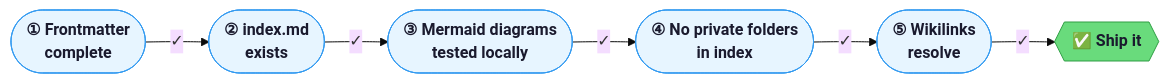
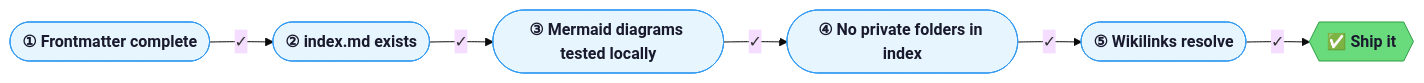
Before and after one commit to VenkateshDas/obsidian-quartz-site: the third of 7 diagrams in content/Idea to Published Research (Obsidian + Quartz Workflow).md, drawn with Mermaid (base theme). The commit also changed other lines of this file and 2 other files, not shown here.

````diff
--- a/content/Idea to Published Research (Obsidian + Quartz Workflow).md
+++ b/content/Idea to Published Research (Obsidian + Quartz Workflow).md
@@ -148,14 +154,14 @@
 ```mermaid
 flowchart LR
-    C1(["① Frontmatter\ncomplete"]):::step
-    C2(["② index.md\nexists"]):::step
-    C3(["③ Mermaid diagrams\ntested locally"]):::step
-    C4(["④ No private folders\nin index"]):::step
-    C5(["⑤ Wikilinks\nresolve"]):::step
+    C1(["① Frontmatter complete"]):::step
+    C2(["② index.md exists"]):::step
+    C3(["③ Mermaid diagrams tested locally"]):::step
+    C4(["④ No private folders in index"]):::step
+    C5(["⑤ Wikilinks resolve"]):::step
     GO{{"✅ Ship it"}}:::go
 
     C1 -->|"✓"| C2 -->|"✓"| C3 -->|"✓"| C4 -->|"✓"| C5 -->|"✓"| GO
 
     classDef step fill:#e7f5ff,stroke:#339af0,color:#1a1a2e,font-weight:bold
     classDef go   fill:#69db7c,stroke:#2f9e44,color:#1a1a2e,font-weight:bold
 ```
````
